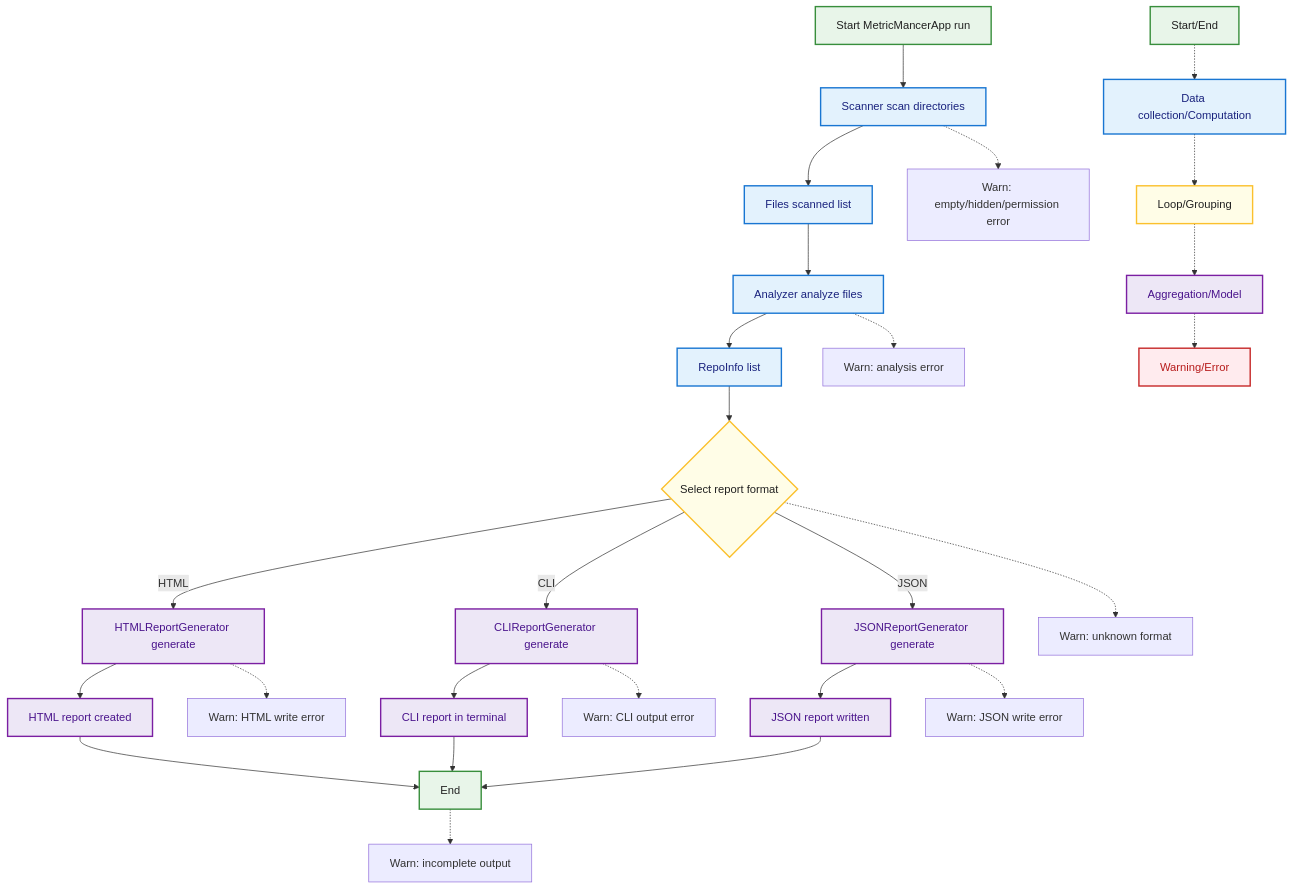
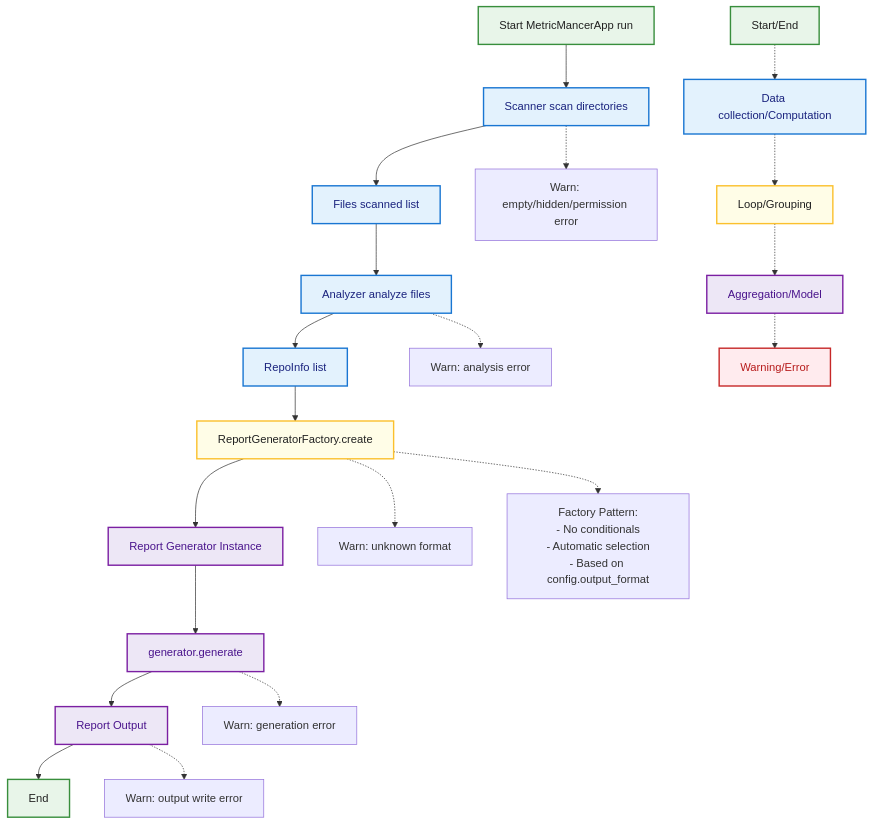
The second of 11 diagrams in SoftwareSpecificationAndDesign.md (CmdrPrompt/MetricMancer), drawn with Mermaid before and after one commit. The commit also changed other lines of this file and 30 other files, not shown here.

````diff
--- a/SoftwareSpecificationAndDesign.md
+++ b/SoftwareSpecificationAndDesign.md
@@ -256,73 +329,65 @@
 ```mermaid
 flowchart TD
     StartApp[Start MetricMancerApp run]
     StartApp --> Scan[Scanner scan directories]
     Scan --> Files[Files scanned list]
     Files --> Analyze[Analyzer analyze files]
     Analyze --> RepoInfos[RepoInfo list]
-    RepoInfos --> FormatSel{Select report format}
-    FormatSel -- HTML --> HTMLGen[HTMLReportGenerator generate]
-    FormatSel -- CLI --> CLIGen[CLIReportGenerator generate]
-    FormatSel -- JSON --> JSONGen[JSONReportGenerator generate]
-    HTMLGen --> HTMLOut[HTML report created]
-    CLIGen --> CLIOut[CLI report in terminal]
-    JSONGen --> JSONOut[JSON report written]
-    HTMLOut --> EndNode[End]
-    CLIOut --> EndNode
-    JSONOut --> EndNode
+    RepoInfos --> Factory[ReportGeneratorFactory.create]
+    Factory --> Generator[Report Generator Instance]
+    Generator --> Generate[generator.generate]
+    Generate --> Output[Report Output]
+    Output --> EndNode[End]
 
     %% Assign classes for color coding (one per line, no trailing commas)
     class StartApp start
     class EndNode start
     class Scan calc
     class Files calc
     class Analyze calc
     class RepoInfos calc
-    class FormatSel loop
-    class HTMLGen agg
-    class CLIGen agg
-    class JSONGen agg
-    class HTMLOut agg
-    class CLIOut agg
-    class JSONOut agg
+    class Factory loop
+    class Generator agg
+    class Generate agg
+    class Output agg
     class WarnScan warn
     class WarnAnalyze warn
-    class WarnFormat warn
-    class WarnHTML warn
-    class WarnCLI warn
-    class WarnJSON warn
-    class WarnEnd warn
+    class WarnFactory warn
+    class WarnGenerate warn
+    class WarnOutput warn
 
     %% Edge cases and error handling
     Scan -.-> WarnScan[Warn: empty/hidden/permission error]
     Analyze -.-> WarnAnalyze[Warn: analysis error]
-    FormatSel -.-> WarnFormat[Warn: unknown format]
-    HTMLGen -.-> WarnHTML[Warn: HTML write error]
-    CLIGen -.-> WarnCLI[Warn: CLI output error]
-    JSONGen -.-> WarnJSON[Warn: JSON write error]
-    EndNode -.-> WarnEnd[Warn: incomplete output]
+    Factory -.-> WarnFactory[Warn: unknown format]
+    Generate -.-> WarnGenerate[Warn: generation error]
+    Output -.-> WarnOutput[Warn: output write error]
+
+    %% Notes
+    note1[Factory Pattern:<br/>- No conditionals<br/>- Automatic selection<br/>- Based on config.output_format]
+    Factory -.-> note1
 
     %% Legend
     LegendStart[Start/End]:::start
     LegendCalc[Data collection/Computation]:::calc
     LegendLoop[Loop/Grouping]:::loop
     LegendAgg[Aggregation/Model]:::agg
     LegendWarn[Warning/Error]:::warn
 
     LegendStart -.-> LegendCalc
     LegendCalc -.-> LegendLoop
     LegendLoop -.-> LegendAgg
     LegendAgg -.-> LegendWarn
 
     classDef start fill:#e8f5e9,stroke:#388e3c,stroke-width:2px,color:#212121;
     classDef calc fill:#e3f2fd,stroke:#1976d2,stroke-width:2px,color:#1a237e;
     classDef loop fill:#fffde7,stroke:#fbc02d,stroke-width:2px,color:#212121;
     classDef agg fill:#ede7f6,stroke:#7b1fa2,stroke-width:2px,color:#4a148c;
     classDef warn fill:#ffebee,stroke:#c62828,stroke-width:2px,color:#b71c1c;
 
     class LegendStart start
     class LegendCalc calc
     class LegendLoop loop
     class LegendAgg agg
     class LegendWarn warn
 ```
````
